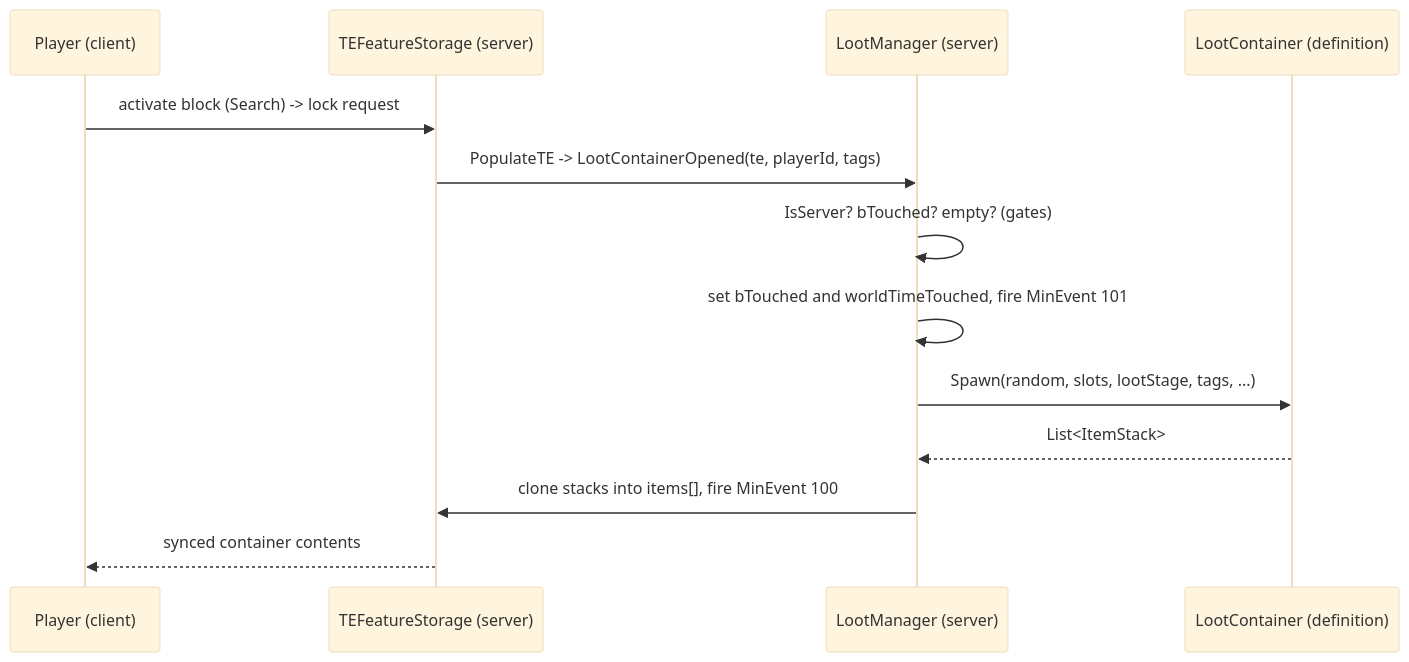
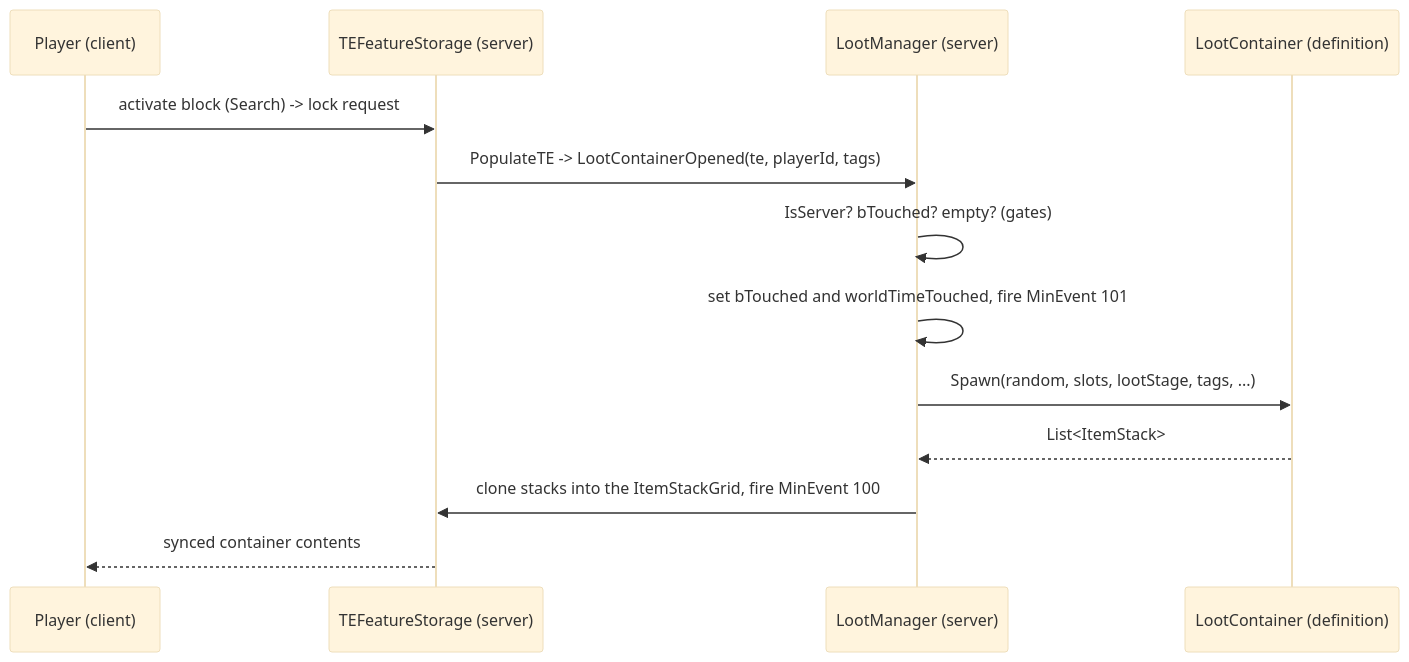
Before and after one commit to hordeforge/7dtd-engine-research: the second of 5 diagrams in docs/gameplay/loot-economy.md, drawn with Mermaid (base theme). The commit also changed other lines of this file and 41 other files, not shown here.

````diff
--- a/docs/gameplay/loot-economy.md
+++ b/docs/gameplay/loot-economy.md
@@ -101,15 +106,15 @@
 ```mermaid
 sequenceDiagram
   participant P as Player (client)
   participant TE as TEFeatureStorage (server)
   participant LM as LootManager (server)
   participant LC as LootContainer (definition)
   P->>TE: activate block (Search) -> lock request
   TE->>LM: PopulateTE -> LootContainerOpened(te, playerId, tags)
   LM->>LM: IsServer? bTouched? empty? (gates)
   LM->>LM: set bTouched and worldTimeTouched, fire MinEvent 101
   LM->>LC: Spawn(random, slots, lootStage, tags, ...)
   LC-->>LM: List<ItemStack>
-  LM->>TE: clone stacks into items[], fire MinEvent 100
+  LM->>TE: clone stacks into the ItemStackGrid, fire MinEvent 100
   TE-->>P: synced container contents
 ```
````
